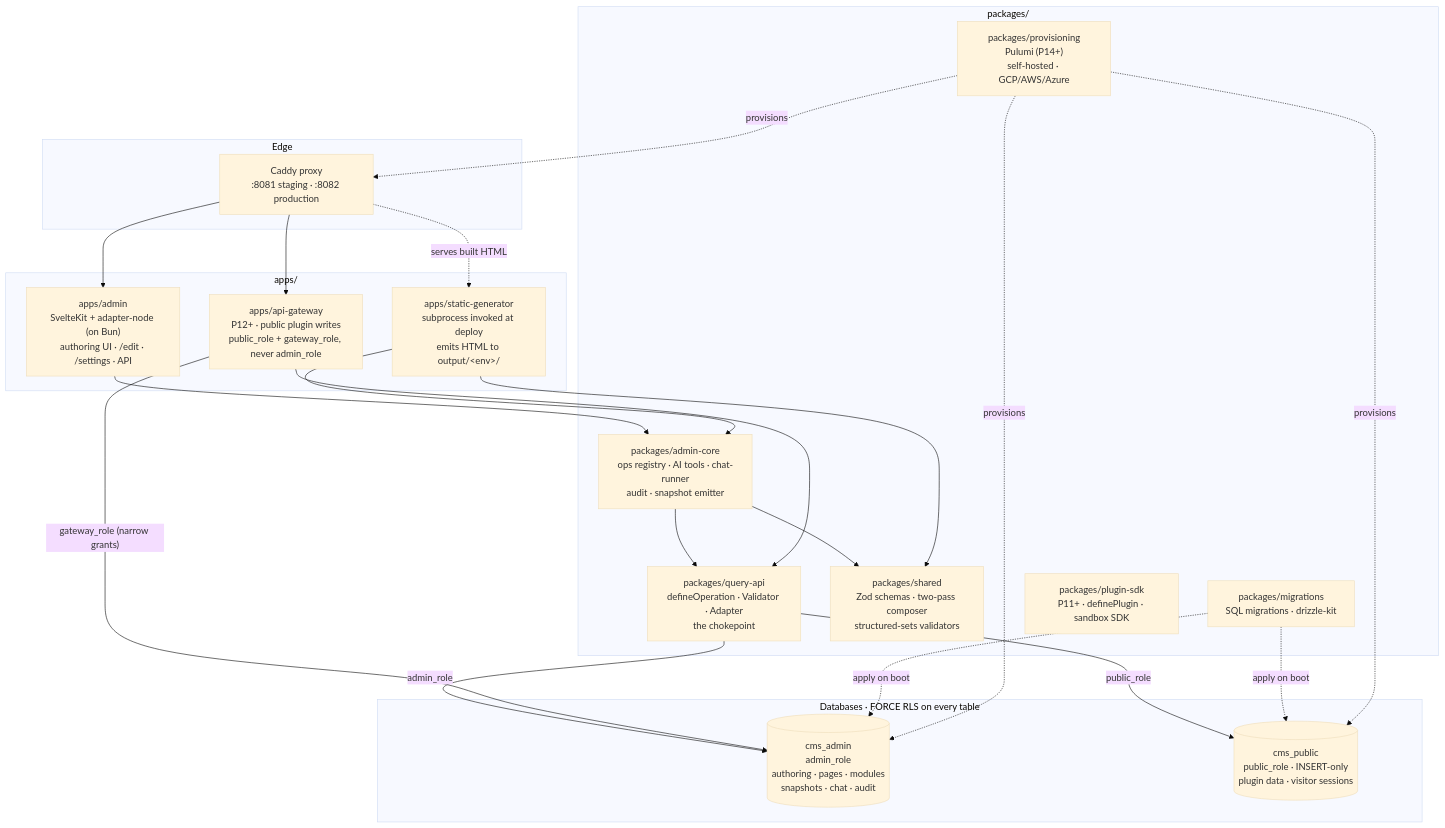
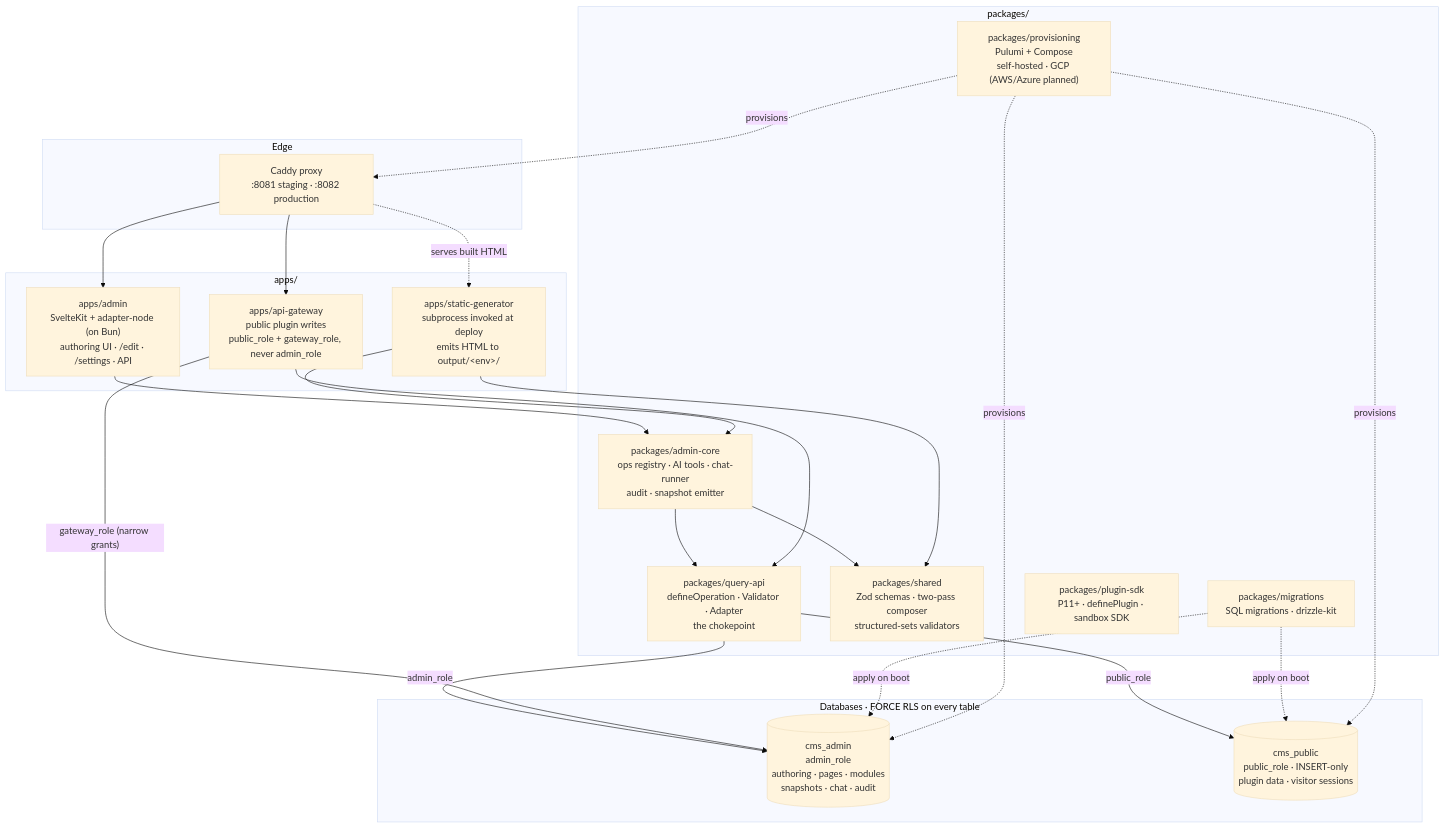
Before and after one commit to caelo-cms/caelo-cms: the first of 4 diagrams in ARCHITECTURE.md, drawn with Mermaid (base theme). The commit also changed other lines of this file and 45 other files, not shown here.

````diff
--- a/ARCHITECTURE.md
+++ b/ARCHITECTURE.md
@@ -11,48 +11,48 @@
 ```mermaid
 graph TD
   subgraph edge["Edge"]
     Caddy["Caddy proxy<br/>:8081 staging · :8082 production"]
   end
 
   subgraph apps["apps/"]
     Admin["apps/admin<br/>SvelteKit + adapter-node (on Bun)<br/>authoring UI · /edit · /settings · API"]
     StaticGen["apps/static-generator<br/>subprocess invoked at deploy<br/>emits HTML to output/&lt;env&gt;/"]
-    Gateway["apps/api-gateway<br/>P12+ · public plugin writes<br/>public_role + gateway_role, never admin_role"]
+    Gateway["apps/api-gateway<br/>public plugin writes<br/>public_role + gateway_role, never admin_role"]
   end
 
   subgraph pkgs["packages/"]
     AdminCore["packages/admin-core<br/>ops registry · AI tools · chat-runner<br/>audit · snapshot emitter"]
     QueryApi["packages/query-api<br/>defineOperation · Validator · Adapter<br/>the chokepoint"]
     Shared["packages/shared<br/>Zod schemas · two-pass composer<br/>structured-sets validators"]
     Migrations["packages/migrations<br/>SQL migrations · drizzle-kit"]
-    Provisioning["packages/provisioning<br/>Pulumi (P14+)<br/>self-hosted · GCP/AWS/Azure"]
+    Provisioning["packages/provisioning<br/>Pulumi + Compose<br/>self-hosted · GCP (AWS/Azure planned)"]
     PluginSdk["packages/plugin-sdk<br/>P11+ · definePlugin · sandbox SDK"]
   end
 
   subgraph dbs["Databases · FORCE RLS on every table"]
     CmsAdmin[("cms_admin<br/>admin_role<br/>authoring · pages · modules<br/>snapshots · chat · audit")]
     CmsPublic[("cms_public<br/>public_role · INSERT-only<br/>plugin data · visitor sessions")]
   end
 
   Caddy --> Admin
   Caddy --> Gateway
   Caddy -. serves built HTML .-> StaticGen
 
   Admin --> AdminCore
   AdminCore --> QueryApi
   AdminCore --> Shared
   Gateway --> QueryApi
   StaticGen --> AdminCore
   StaticGen --> Shared
 
   QueryApi -- admin_role --> CmsAdmin
   QueryApi -- public_role --> CmsPublic
   Gateway -- "gateway_role (narrow grants)" --> CmsAdmin
 
   Migrations -. apply on boot .-> CmsAdmin
   Migrations -. apply on boot .-> CmsPublic
 
   Provisioning -. provisions .-> Caddy
   Provisioning -. provisions .-> CmsAdmin
   Provisioning -. provisions .-> CmsPublic
 ```
````
